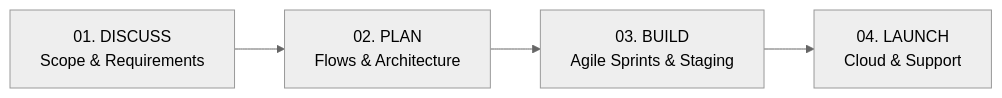
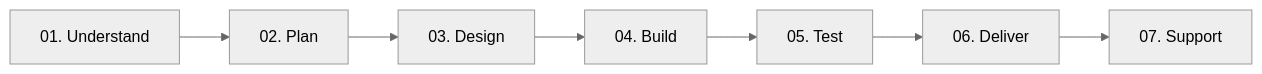
One commit to Aravind0511/portfolio changed the diagram in README.md. Above: the diagram before and after it, drawn with Mermaid (neutral theme). The commit also changed other lines of this file and 32 other files, not shown here.

Commit message:
feat(architecture): restructure site architecture, add services, what-we-build, process, and optimize SEO

````diff
--- a/README.md
+++ b/README.md
@@ -45,6 +47,9 @@
 ```mermaid
 flowchart LR
-    A["01. DISCUSS<br/>Scope & Requirements"] --> B["02. PLAN<br/>Flows & Architecture"]
-    B --> C["03. BUILD<br/>Agile Sprints & Staging"]
-    C --> D["04. LAUNCH<br/>Cloud & Support"]
+    A["01. Understand"] --> B["02. Plan"]
+    B --> C["03. Design"]
+    C --> D["04. Build"]
+    D --> E["05. Test"]
+    E --> F["06. Deliver"]
+    F --> G["07. Support"]
 ```
````
